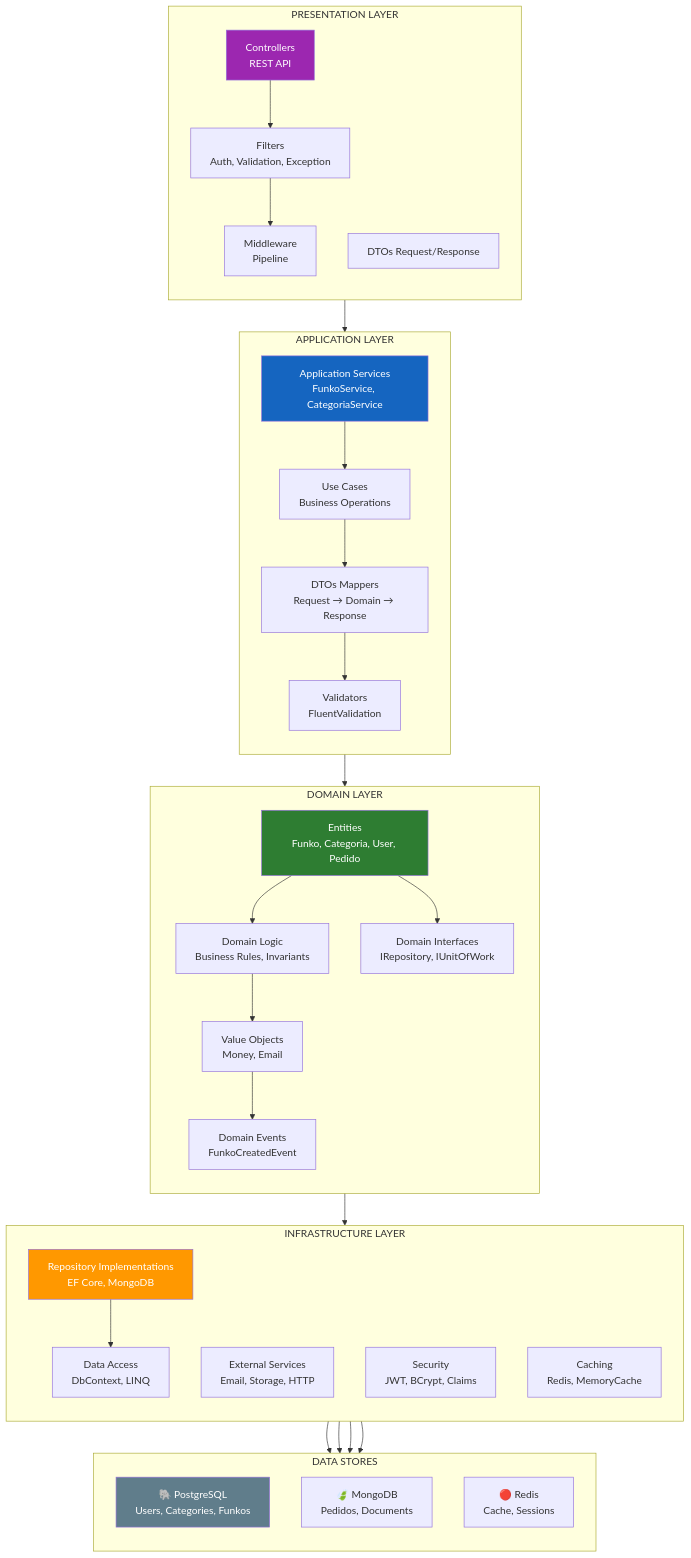
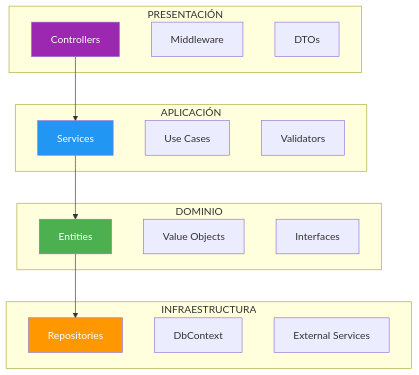
One commit to joseluisgs/DesarrolloWebEntornosServidor-02-2026-2027 changed the second of 5 diagrams in 11-clean-architecture.md. Above: the diagram before and after it, drawn with Mermaid. The commit also changed other lines of this file, not shown here.

Commit message:
[refactor] Reescribir punto 11: Clean Architecture sin ROP, con CQRS y estructura nueva

````diff
--- a/11-clean-architecture.md
+++ b/11-clean-architecture.md
@@ -99,60 +127,35 @@
 ```mermaid
 flowchart TB
-    subgraph "PRESENTATION LAYER"
-        direction TB
-        P1["Controllers<br/>REST API"]
-        P2["Filters<br/>Auth, Validation, Exception"]
-        P3["Middleware<br/>Pipeline"]
-        P4["DTOs Request/Response"]
+    subgraph "PRESENTACIÓN"
+        P1["Controllers"]
+        P2["Middleware"]
+        P3["DTOs"]
     end
 
-    subgraph "APPLICATION LAYER"
-        direction TB
-        A1["Application Services<br/>FunkoService, CategoriaService"]
-        A2["Use Cases<br/>Business Operations"]
-        A3["DTOs Mappers<br/>Request → Domain → Response"]
-        A4["Validators<br/>FluentValidation"]
+    subgraph "APLICACIÓN"
+        A1["Services"]
+        A2["Use Cases"]
+        A3["Validators"]
     end
 
-    subgraph "DOMAIN LAYER"
-        direction TB
-        D1["Entities<br/>Funko, Categoria, User, Pedido"]
-        D2["Domain Logic<br/>Business Rules, Invariants"]
-        D3["Value Objects<br/>Money, Email"]
-        D4["Domain Events<br/>FunkoCreatedEvent"]
-        D5["Domain Interfaces<br/>IRepository, IUnitOfWork"]
+    subgraph "DOMINIO"
+        D1["Entities"]
+        D2["Value Objects"]
+        D3["Interfaces"]
     end
 
-    subgraph "INFRASTRUCTURE LAYER"
-        direction TB
-        I1["Repository Implementations<br/>EF Core, MongoDB"]
-        I2["Data Access<br/>DbContext, LINQ"]
-        I3["External Services<br/>Email, Storage, HTTP"]
-        I4["Security<br/>JWT, BCrypt, Claims"]
-        I5["Caching<br/>Redis, MemoryCache"]
+    subgraph "INFRAESTRUCTURA"
+        I1["Repositories"]
+        I2["DbContext"]
+        I3["External Services"]
     end
 
-    subgraph "DATA STORES"
-        direction TB
-        DS1["🐘 PostgreSQL<br/>Users, Categories, Funkos"]
-        DS2["🍃 MongoDB<br/>Pedidos, Documents"]
-        DS3["🔴 Redis<br/>Cache, Sessions"]
-    end
-
-    P1 --> P2 --> P3
     P1 --> A1
-    A1 --> A2 --> A3 --> A4
-    A1 --> D1 --> D2 --> D3 --> D4
-    D1 --> D5
-    D5 --> I1 --> I2
-    I1 --> DS1
-    I2 --> DS2
-    I2 --> DS3
-    I3 --> DS3
+    A1 --> D1
+    D1 --> I1
 
     style P1 fill:#9C27B0,color:#fff
-    style A1 fill:#1565C0,color:#fff
-    style D1 fill:#2E7D32,color:#fff
+    style A1 fill:#2196F3,color:#fff
+    style D1 fill:#4CAF50,color:#fff
     style I1 fill:#FF9800,color:#fff
-    style DS1 fill:#607D8B,color:#fff
 ```
````
